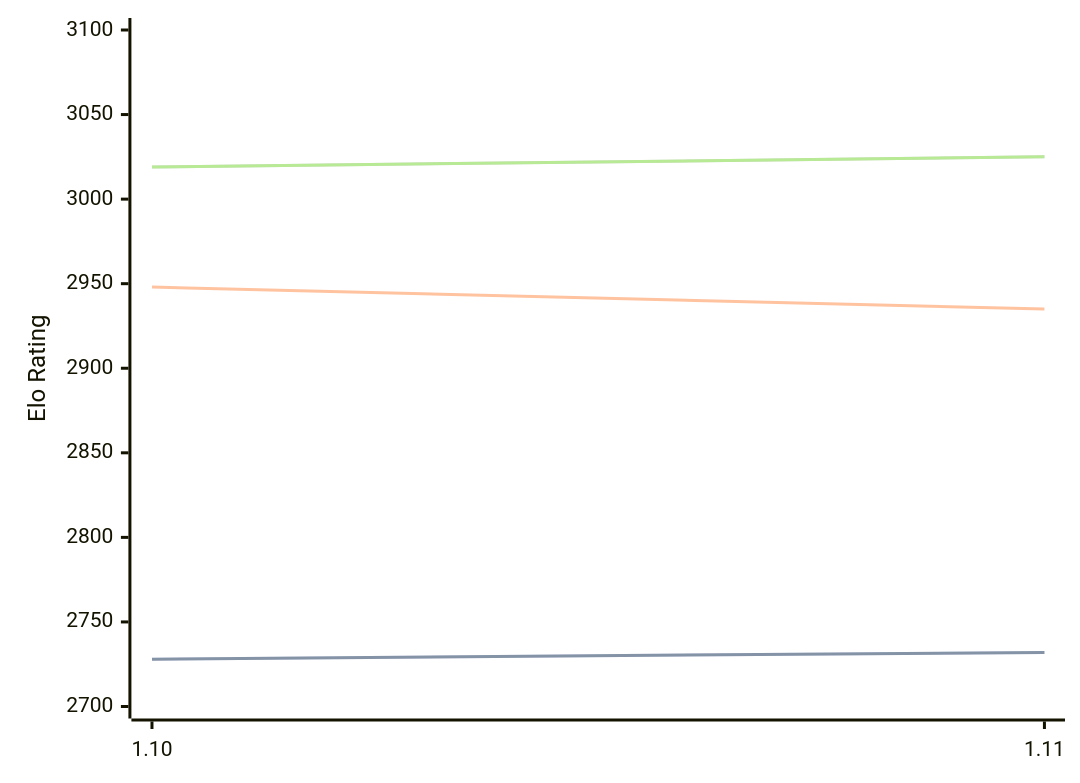
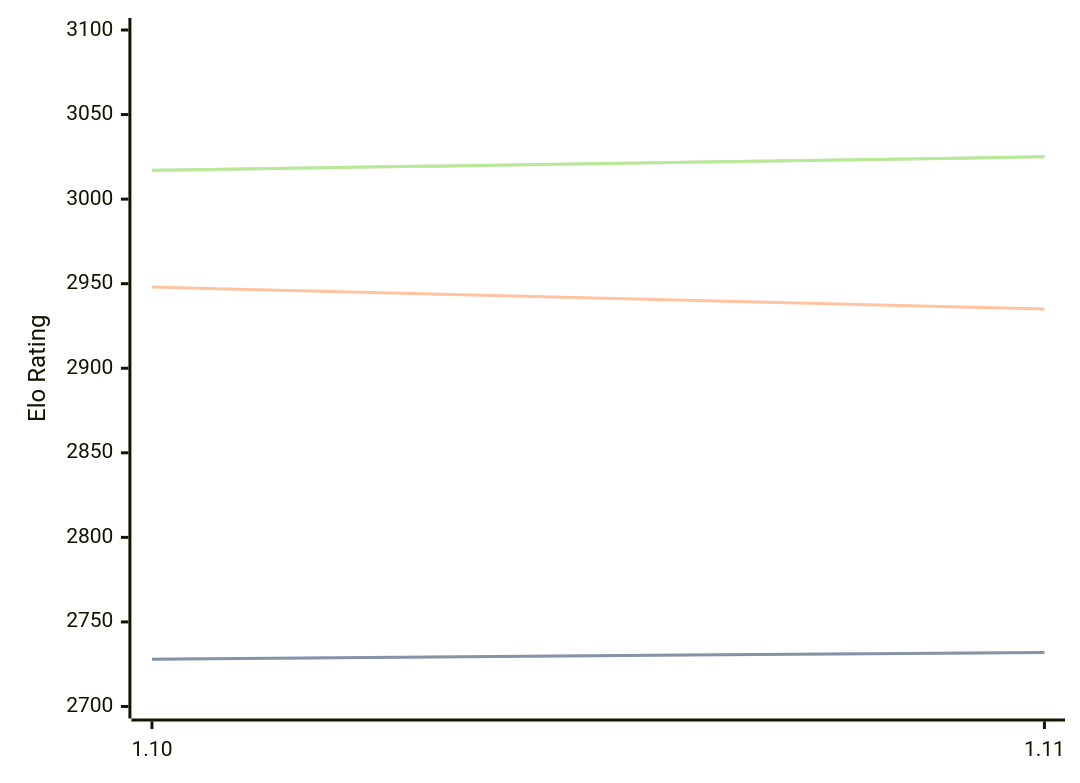
One commit to computer-chess-index/cci changed the diagram in engines/Roc.md. Above: the diagram before and after it, drawn with Mermaid. The commit also changed other lines of this file, not shown here.

Commit message:
Update CCI Ratings (ELO VLTC) - 2026-08-02

````diff
--- a/engines/Roc.md
+++ b/engines/Roc.md
@@ -65,11 +65,11 @@
 ```mermaid
 %%{init: {"theme":"base","themeVariables":{"seriesColors:['#a3a3a3','#222221','#faa371']}}}%%
 xychart-beta
   x-axis ["1.10", "1.11"]
   y-axis "Elo Rating" 2700 --> 3100
   line "STC (8.0+0.08s)" [2728, 2732]
   line "STC (8.0+0.08s)" [2728, 2732]
   line "LTC (60.0+0.60s)" [2948, 2935]
-  line "VLTC (2m24s+1.12s)" [3019, 3025]
-  line "VLTC (2m24s+1.12s)" [3019, 3025]
+  line "VLTC (2m24s+1.12s)" [3017, 3025]
+  line "VLTC (2m24s+1.12s)" [3017, 3025]
 ```
````
